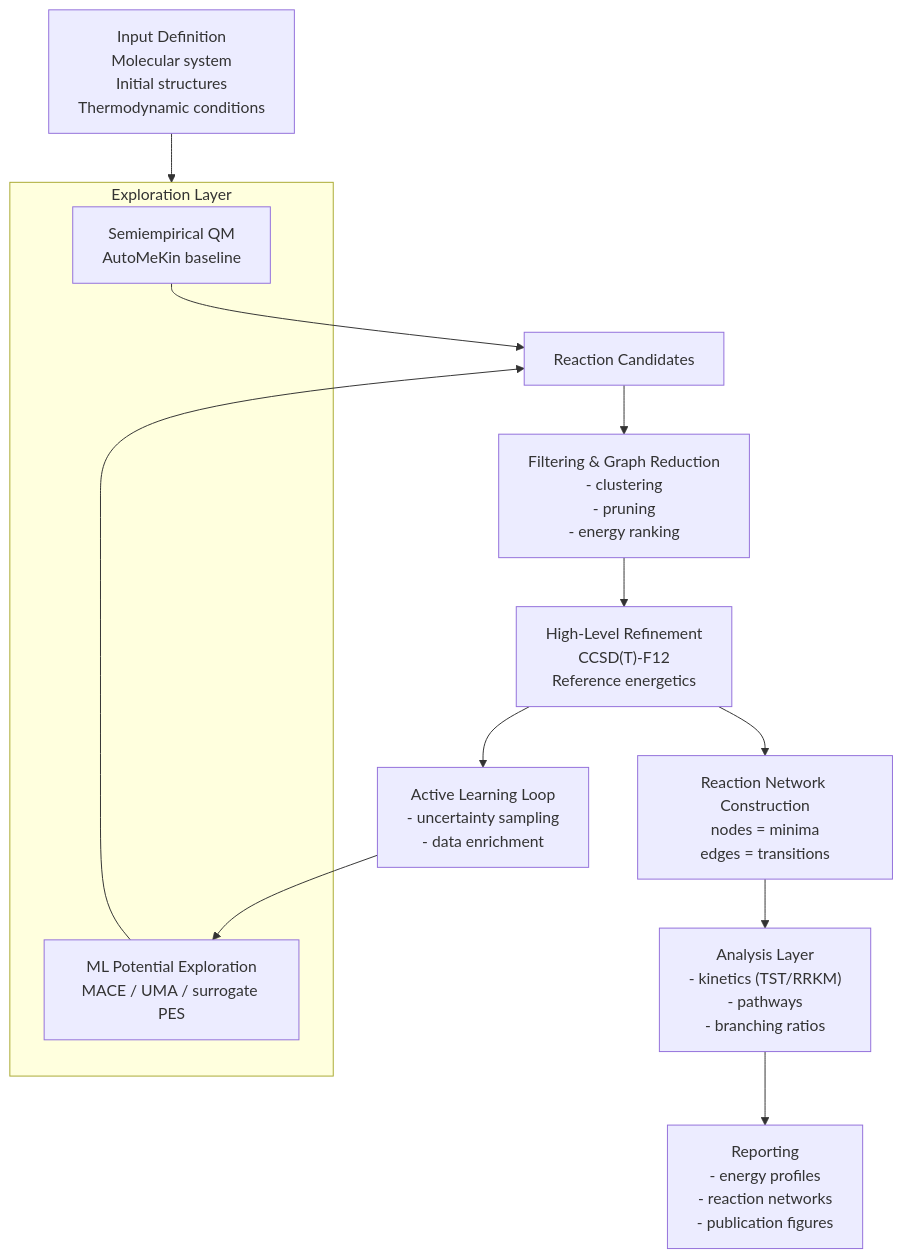
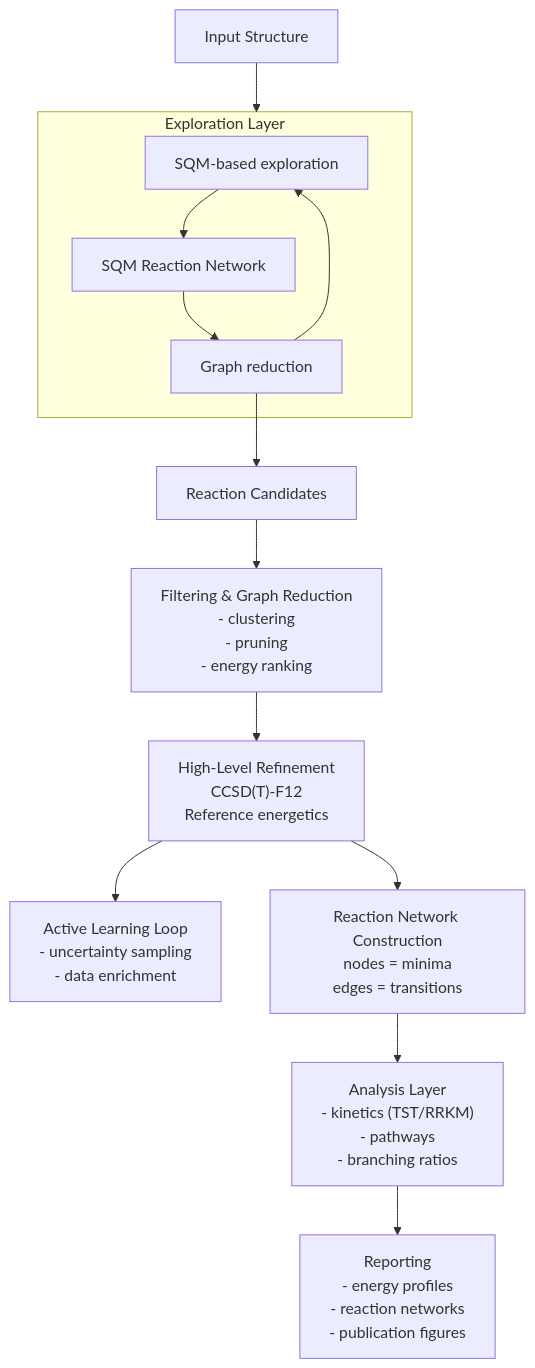
Before and after one commit to emartineznunez/mermaid: the diagram in diagrams/diagrama.mmd, drawn with Mermaid.

```diff
--- a/diagrams/diagrama.mmd
+++ b/diagrams/diagrama.mmd
@@ -1,53 +1,53 @@
 flowchart TD
 
 %% =========================
 %% Input
 %% =========================
-A["Input Definition\nMolecular system\nInitial structures\nThermodynamic conditions"]
+A["Input Structure"]
 
 %% =========================
 %% Exploration layer
 %% =========================
 subgraph EXP[Exploration Layer]
-B1["Semiempirical QM\nAutoMeKin baseline"]
-B2["ML Potential Exploration\nMACE / UMA / surrogate PES"]
+B1["SQM-based exploration"]
+B1 --> B2["SQM Reaction Network"]
+B2 --> B3["Graph reduction"]
+B3 --> B1
 end
 
 A --> EXP
 
 %% =========================
 %% Reaction discovery
 %% =========================
-B1 --> C[Reaction Candidates]
-B2 --> C
+B3 --> C[Reaction Candidates]
 
 %% =========================
 %% Filtering
 %% =========================
 C --> D["Filtering & Graph Reduction\n- clustering\n- pruning\n- energy ranking"]
 
 %% =========================
 %% Refinement
 %% =========================
 D --> E["High-Level Refinement\nCCSD(T)-F12\nReference energetics"]
 
 %% =========================
 %% Active learning loop
 %% =========================
 E --> F["Active Learning Loop\n- uncertainty sampling\n- data enrichment"]
-F --> B2
 
 %% =========================
 %% Network construction
 %% =========================
 E --> G["Reaction Network Construction\nnodes = minima\nedges = transitions"]
 
 %% =========================
 %% Analysis
 %% =========================
 G --> H["Analysis Layer\n- kinetics (TST/RRKM)\n- pathways\n- branching ratios"]
 
 %% =========================
 %% Output
 %% =========================
 H --> I["Reporting\n- energy profiles\n- reaction networks\n- publication figures"]
```
